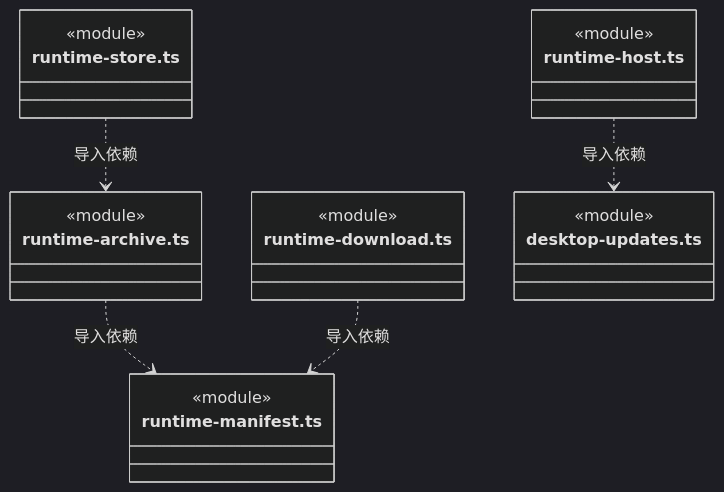
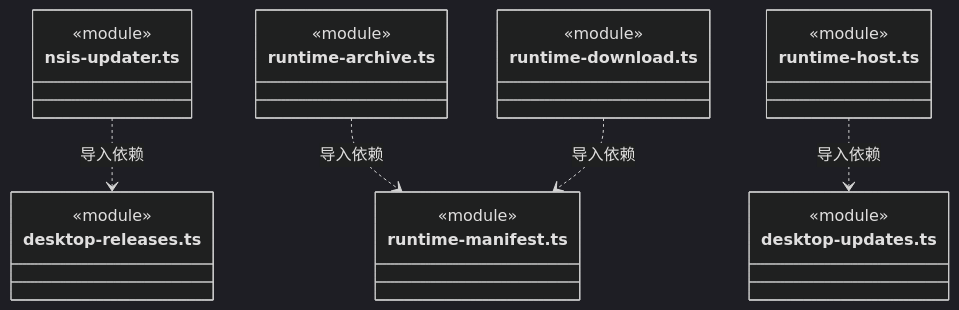
One commit to nan023062/cbim changed diagram 24 of 27 in src/logic/updates/service/ARCHITECTURE.md. Above: the diagram before and after it, drawn with Mermaid (dark theme). The commit also changed other lines of this file and 52 other files, not shown here.

````diff
--- a/src/logic/updates/service/ARCHITECTURE.md
+++ b/src/logic/updates/service/ARCHITECTURE.md
@@ -421,25 +538,28 @@
 ```mermaid
 classDiagram
+class N_src_logic_updates_service_nsis_updater_ts["nsis-updater.ts"] {
+  <<module>>
+}
+class N_src_logic_updates_service_desktop_releases_ts["desktop-releases.ts"] {
+  <<module>>
+}
 class N_src_logic_updates_service_runtime_archive_ts["runtime-archive.ts"] {
   <<module>>
 }
 class N_src_logic_updates_service_runtime_manifest_ts["runtime-manifest.ts"] {
   <<module>>
 }
 class N_src_logic_updates_service_runtime_download_ts["runtime-download.ts"] {
   <<module>>
 }
 class N_src_logic_updates_service_runtime_host_ts["runtime-host.ts"] {
   <<module>>
 }
 class N_src_logic_updates_service_desktop_updates_ts["desktop-updates.ts"] {
   <<module>>
 }
-class N_src_logic_updates_service_runtime_store_ts["runtime-store.ts"] {
-  <<module>>
-}
+N_src_logic_updates_service_nsis_updater_ts ..> N_src_logic_updates_service_desktop_releases_ts : 导入依赖
 N_src_logic_updates_service_runtime_archive_ts ..> N_src_logic_updates_service_runtime_manifest_ts : 导入依赖
 N_src_logic_updates_service_runtime_download_ts ..> N_src_logic_updates_service_runtime_manifest_ts : 导入依赖
 N_src_logic_updates_service_runtime_host_ts ..> N_src_logic_updates_service_desktop_updates_ts : 导入依赖
-N_src_logic_updates_service_runtime_store_ts ..> N_src_logic_updates_service_runtime_archive_ts : 导入依赖
 ```
````
